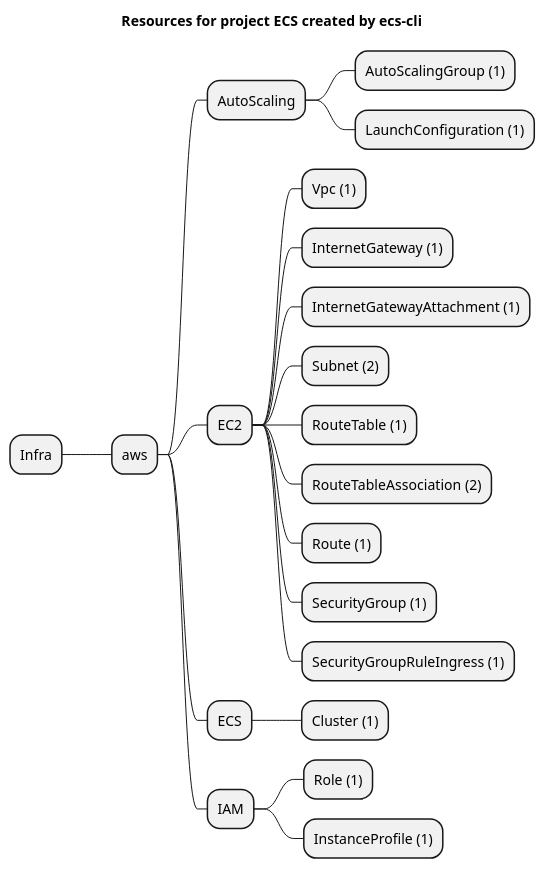
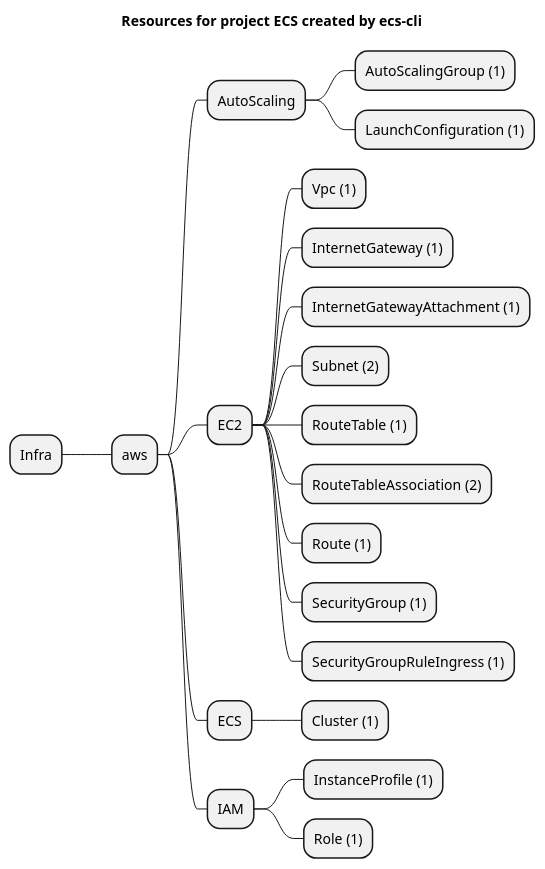
Before and after one commit to grucloud/grucloud: the diagram in examples/aws/ECS/ecs-cli/artifacts/resources-mindmap.puml, drawn with PlantUML. The commit also changed other lines of this file and 10 other files, not shown here.

```diff
--- a/examples/aws/ECS/ecs-cli/artifacts/resources-mindmap.puml
+++ b/examples/aws/ECS/ecs-cli/artifacts/resources-mindmap.puml
@@ -1,24 +1,24 @@
 @startmindmap
 title Resources for project ECS created by ecs-cli
 skinparam monochrome true
 + Infra
 ++ aws
 +++ AutoScaling
 ++++ AutoScalingGroup (1)
 ++++ LaunchConfiguration (1)
 +++ EC2
 ++++ Vpc (1)
 ++++ InternetGateway (1)
 ++++ InternetGatewayAttachment (1)
 ++++ Subnet (2)
 ++++ RouteTable (1)
 ++++ RouteTableAssociation (2)
 ++++ Route (1)
 ++++ SecurityGroup (1)
 ++++ SecurityGroupRuleIngress (1)
 +++ ECS
 ++++ Cluster (1)
 +++ IAM
+++++ InstanceProfile (1)
 ++++ Role (1)
-++++ InstanceProfile (1)
 @endmindmap
```
